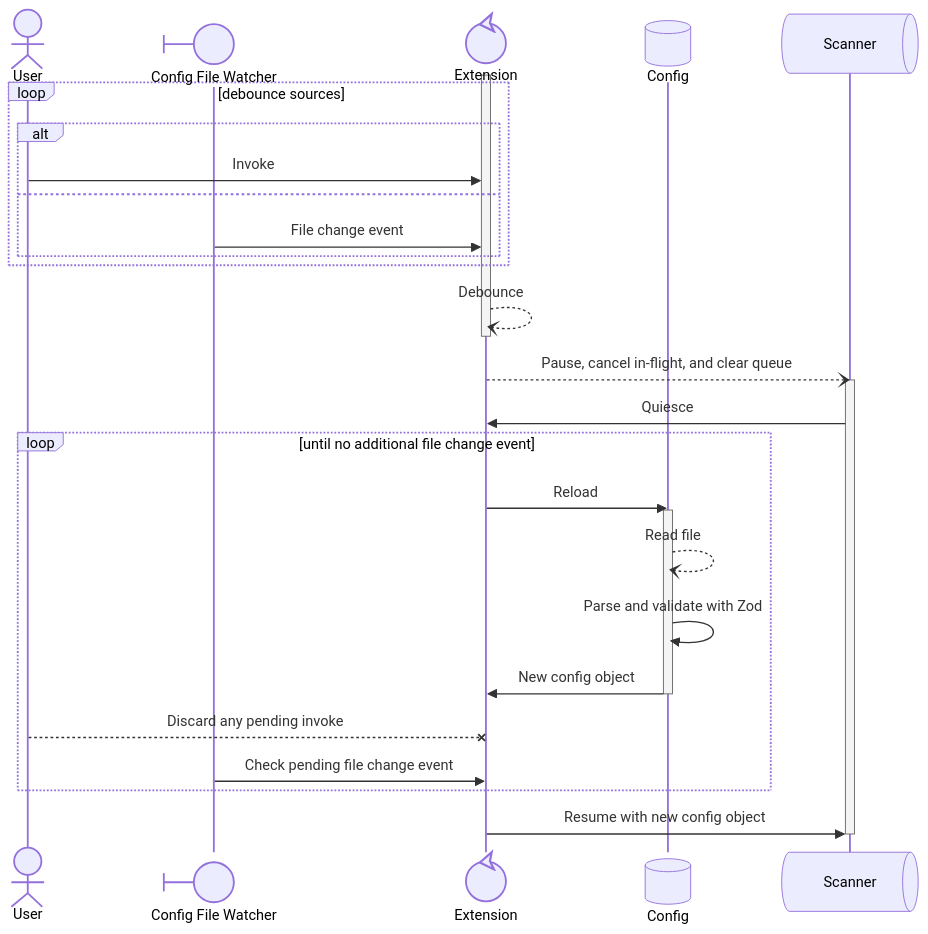
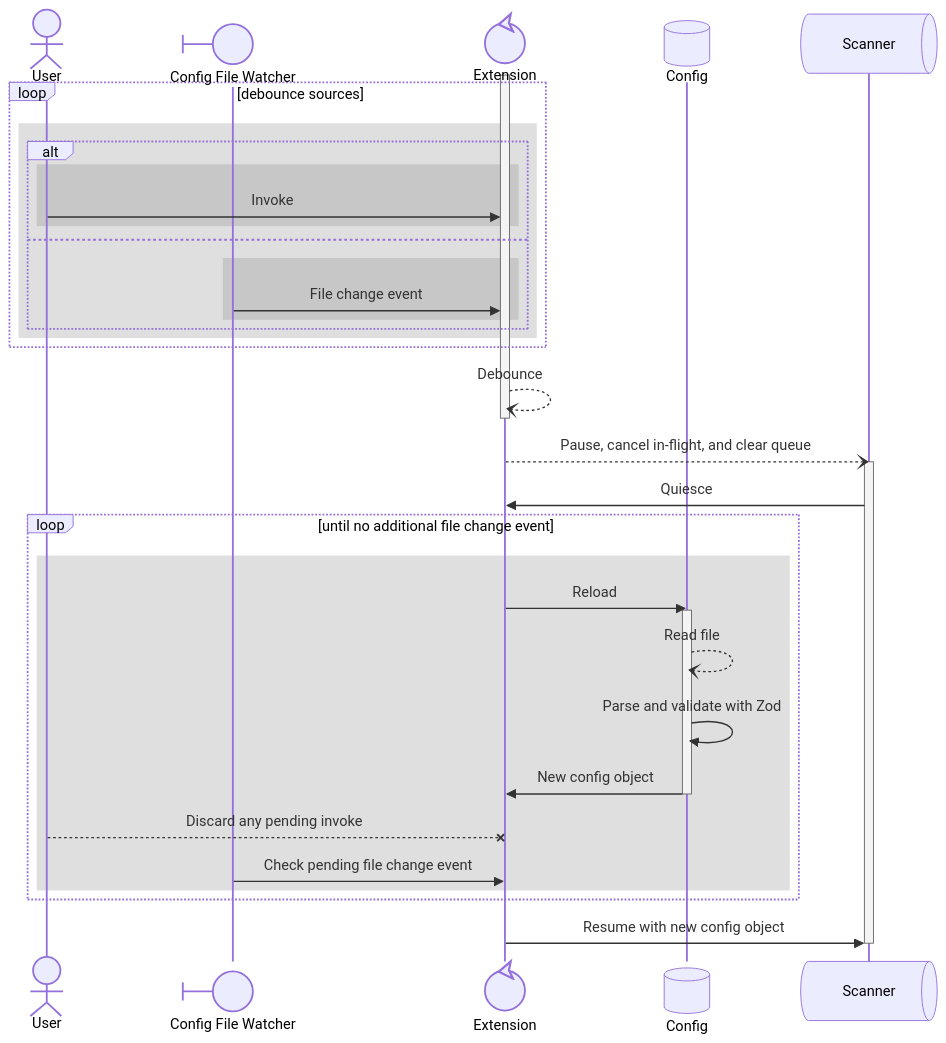
Before and after one commit to RichardRobertson/tag-lens: the second of 2 diagrams in async-flowchart.md, drawn with Mermaid. The commit also changed other lines of this file and 8 other files, not shown here.

````diff
--- a/async-flowchart.md
+++ b/async-flowchart.md
@@ -52,33 +64,41 @@
 ```mermaid
 sequenceDiagram
     participant User@{ "type": "actor" }
     participant CFW@{ "type": "boundary" } as Config File Watcher
     participant EXT@{ "type": "control" } as Extension
     participant Config@{ "type": "database" }
     participant Scanner@{ "type": "queue" }
     activate EXT
     loop debounce sources
-    alt
-    User->>EXT: Invoke
-    else
-    CFW->>EXT: File change event
-    end
+        rect rgba(128, 128, 128, 0.25)
+            alt
+                rect rgba(128, 128, 128, 0.25)
+                    User->>EXT: Invoke
+                end
+            else
+                rect rgba(128, 128, 128, 0.25)
+                    CFW->>EXT: File change event
+                end
+            end
+        end
     end
     EXT--)EXT: Debounce
     deactivate EXT
     EXT--)Scanner: Pause, cancel in-flight, and clear queue
     activate Scanner
     Scanner->>EXT: Quiesce
     loop until no additional file change event
-    EXT->>Config: Reload
-    activate Config
-    Config--)Config: Read file
-    Config->>Config: Parse and validate with Zod
-    Config->>EXT: New config object
-    deactivate Config
-    User--xEXT: Discard any pending invoke
-    CFW->>EXT: Check pending file change event
+        rect rgba(128, 128, 128, 0.25)
+            EXT->>Config: Reload
+            activate Config
+            Config--)Config: Read file
+            Config->>Config: Parse and validate with Zod
+            Config->>EXT: New config object
+            deactivate Config
+            User--xEXT: Discard any pending invoke
+            CFW->>EXT: Check pending file change event
+        end
     end
     EXT->>Scanner: Resume with new config object
     deactivate Scanner
 ```
````
